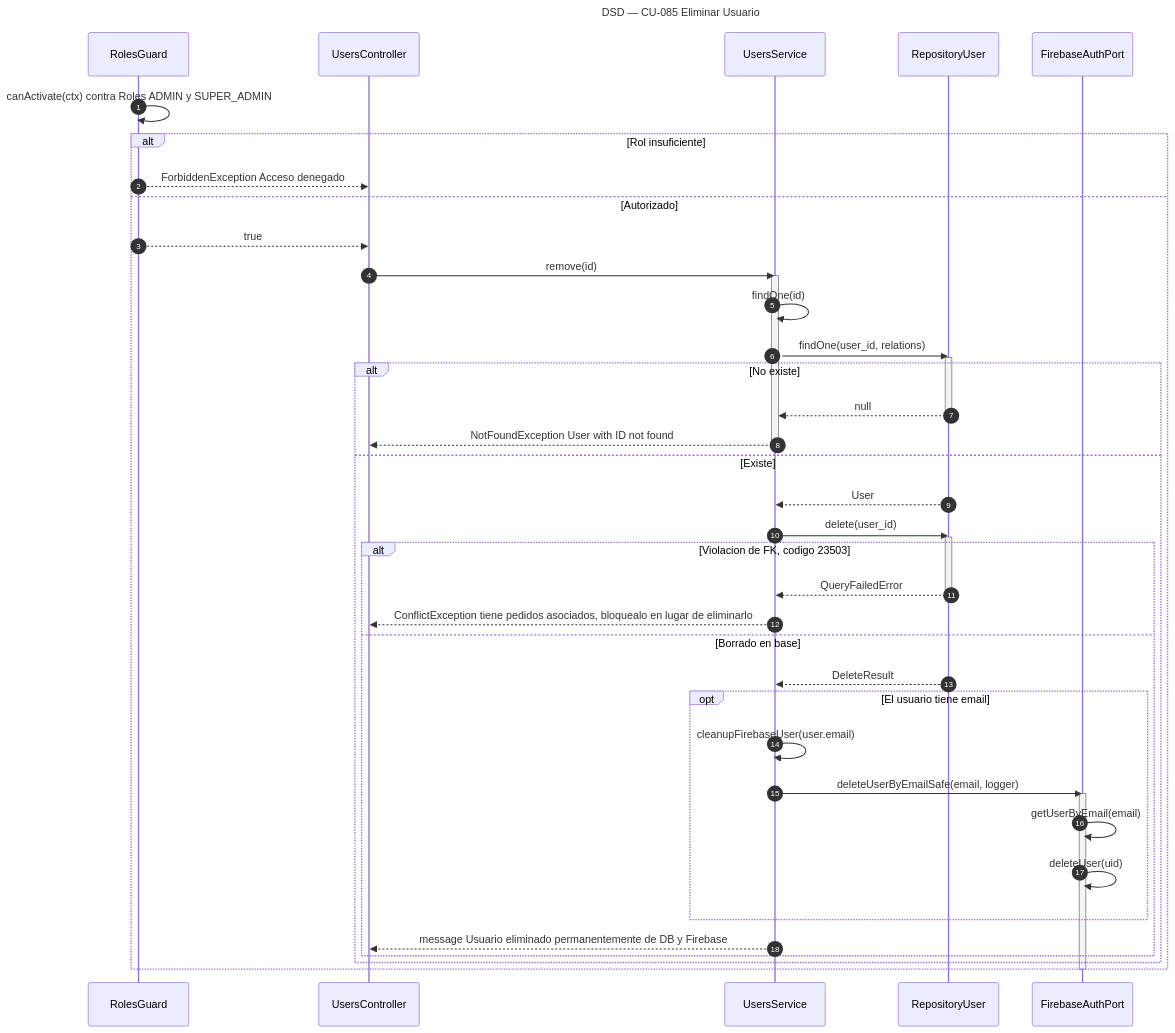
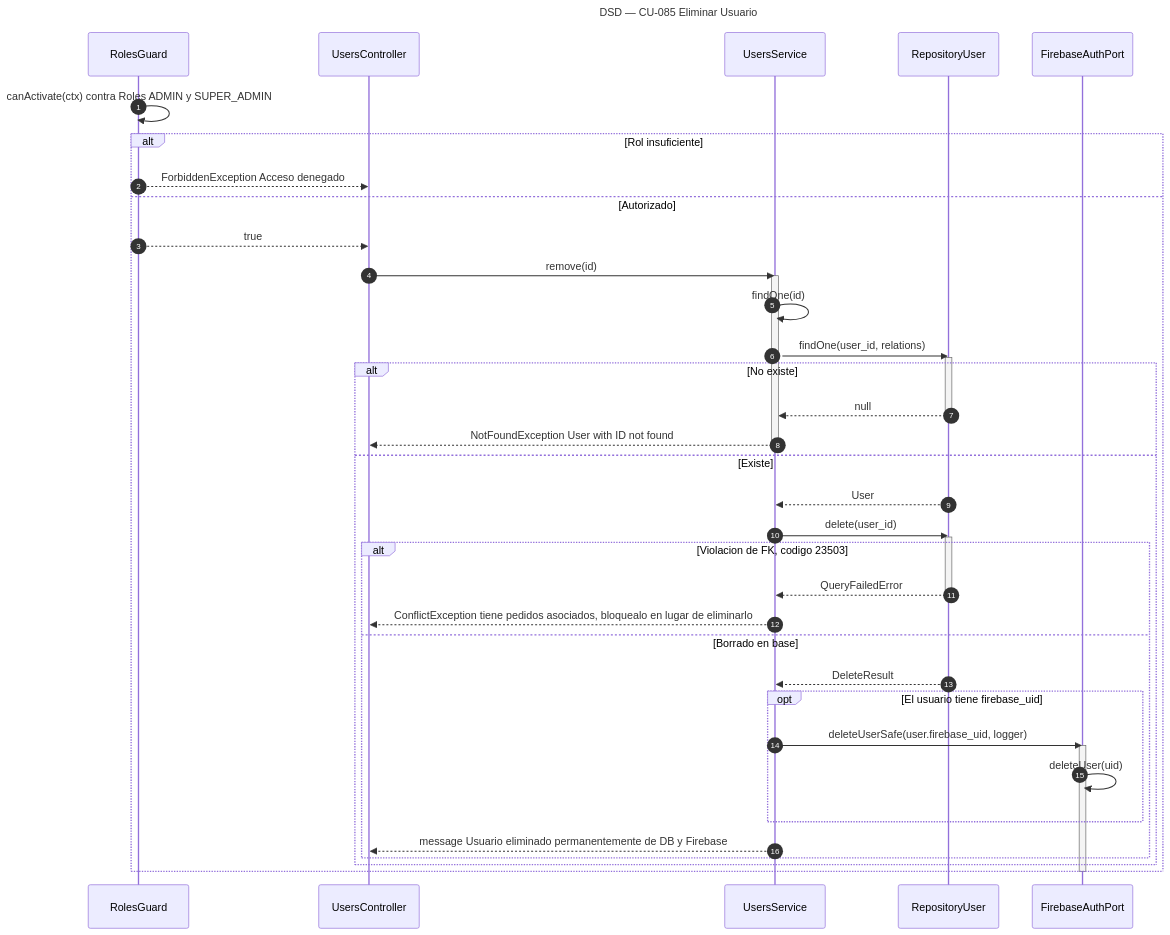
One commit to Nahuelito-Dev/splg-docs changed the diagram in diagramas/DSD_CU-085_Eliminar-Usuario.mmd. Above: the diagram before and after it, drawn with Mermaid. The commit also changed 47 other files, not shown here.

```diff
--- a/diagramas/DSD_CU-085_Eliminar-Usuario.mmd
+++ b/diagramas/DSD_CU-085_Eliminar-Usuario.mmd
@@ -1,46 +1,44 @@
 sequenceDiagram
     title DSD — CU-085 Eliminar Usuario
     autonumber
     participant RG as RolesGuard
     participant CTRL as UsersController
     participant SRV as UsersService
     participant REP as RepositoryUser
     participant FB as FirebaseAuthPort
 
     RG->>RG: canActivate(ctx) contra Roles ADMIN y SUPER_ADMIN
     alt Rol insuficiente
         RG-->>CTRL: ForbiddenException Acceso denegado
     else Autorizado
         RG-->>CTRL: true
         CTRL->>SRV: remove(id)
         activate SRV
         SRV->>SRV: findOne(id)
         SRV->>REP: findOne(user_id, relations)
         activate REP
         alt No existe
             REP-->>SRV: null
             deactivate REP
             SRV-->>CTRL: NotFoundException User with ID not found
             deactivate SRV
         else Existe
             REP-->>SRV: User
             SRV->>REP: delete(user_id)
             activate REP
             alt Violacion de FK, codigo 23503
                 REP-->>SRV: QueryFailedError
                 deactivate REP
                 SRV-->>CTRL: ConflictException tiene pedidos asociados, bloquealo en lugar de eliminarlo
             else Borrado en base
                 REP-->>SRV: DeleteResult
-                opt El usuario tiene email
-                    SRV->>SRV: cleanupFirebaseUser(user.email)
-                    SRV->>FB: deleteUserByEmailSafe(email, logger)
+                opt El usuario tiene firebase_uid
+                    SRV->>FB: deleteUserSafe(user.firebase_uid, logger)
                     activate FB
-                    FB->>FB: getUserByEmail(email)
                     FB->>FB: deleteUser(uid)
                 end
                 SRV-->>CTRL: message Usuario eliminado permanentemente de DB y Firebase
             end
         end
     end
     deactivate FB
```
